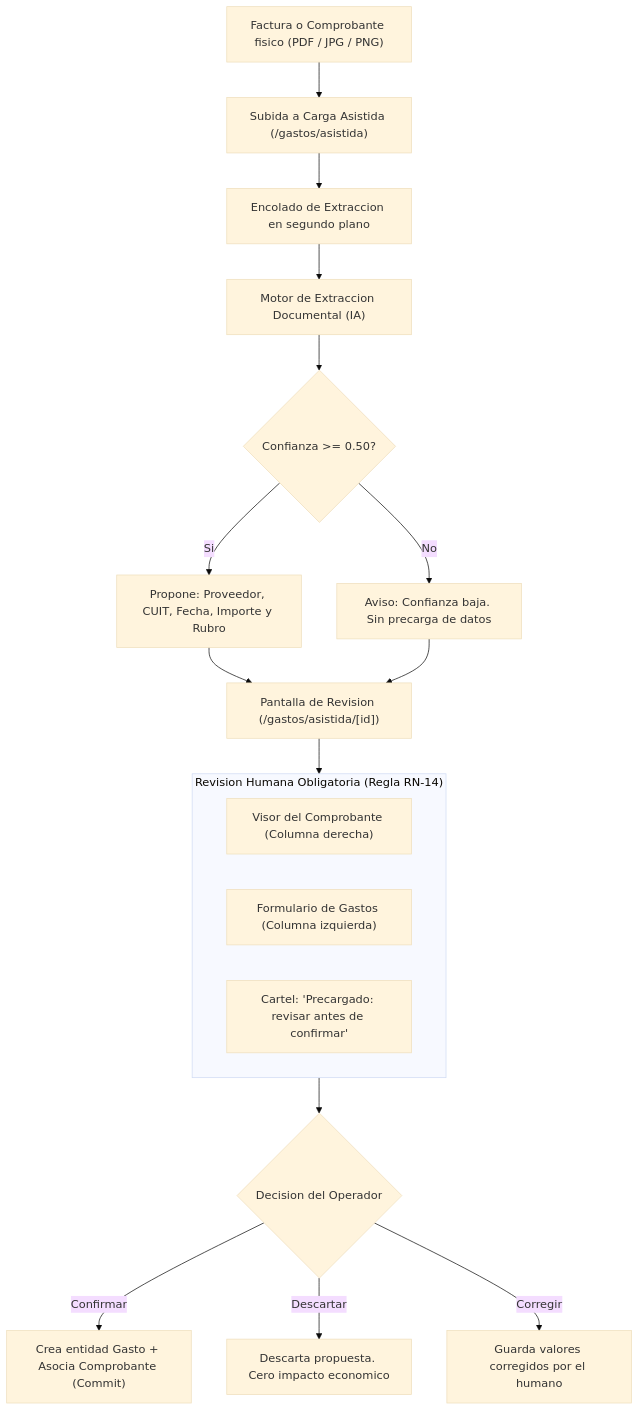
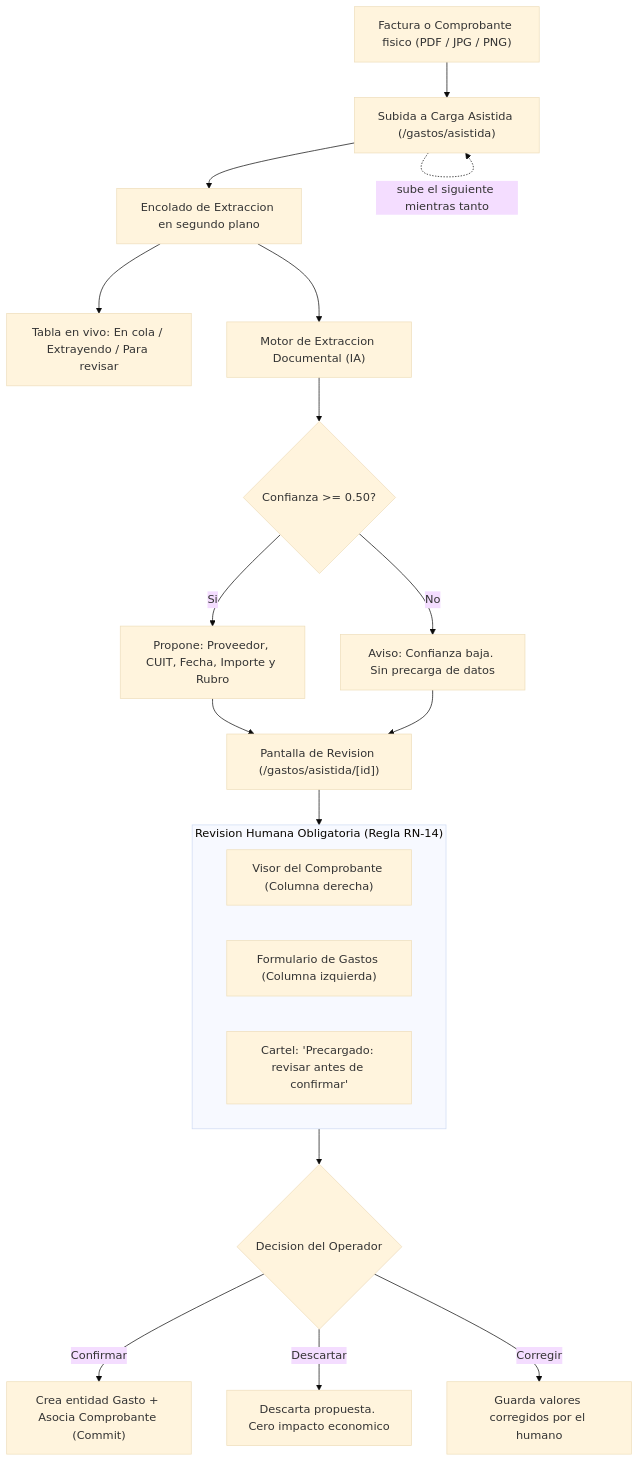
One commit to Marchee72/flay-proyecto-final changed the seventh of 7 diagrams in docs/entrega-final/16-manual-usuario.md. Above: the diagram before and after it, drawn with Mermaid (base theme). The commit also changed other lines of this file and 12 other files, not shown here.

First line of the commit message:
RF-06: carga asistida con estado en vivo y subida encadenada

````diff
--- a/docs/entrega-final/16-manual-usuario.md
+++ b/docs/entrega-final/16-manual-usuario.md
@@ -560,28 +560,30 @@
 ```mermaid
 flowchart TD
     Factura["Factura o Comprobante fisico (PDF / JPG / PNG)"] --> Subida["Subida a Carga Asistida (/gastos/asistida)"]
     Subida --> Cola["Encolado de Extraccion en segundo plano"]
+    Subida -. "sube el siguiente mientras tanto" .-> Subida
+    Cola --> Tabla["Tabla en vivo: En cola / Extrayendo / Para revisar"]
     
     Cola --> OCR["Motor de Extraccion Documental (IA)"]
     OCR --> Evaluacion{"Confianza >= 0.50?"}
     
     Evaluacion -- Si --> Propuesta["Propone: Proveedor, CUIT, Fecha, Importe y Rubro"]
     Evaluacion -- No --> SinPrecarga["Aviso: Confianza baja. Sin precarga de datos"]
     
     Propuesta --> PantallaDosColumnas["Pantalla de Revision (/gastos/asistida/[id])"]
     SinPrecarga --> PantallaDosColumnas
     
     subgraph RevisionHumana["Revision Humana Obligatoria (Regla RN-14)"]
         direction LR
         Visor["Visor del Comprobante (Columna derecha)"]
         Formulario["Formulario de Gastos (Columna izquierda)"]
         Etiqueta["Cartel: 'Precargado: revisar antes de confirmar'"]
     end
     
     PantallaDosColumnas --> RevisionHumana
     
     RevisionHumana --> Decision{"Decision del Operador"}
     Decision -- Confirmar --> CreaGasto["Crea entidad Gasto + Asocia Comprobante (Commit)"]
     Decision -- Descartar --> DescartaExtraccion["Descarta propuesta. Cero impacto economico"]
     Decision -- Corregir --> CorrigeYCrea["Guarda valores corregidos por el humano"]
 ```
````
